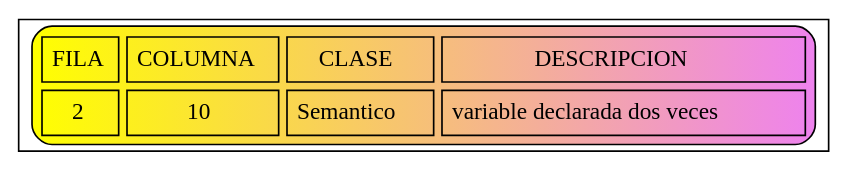
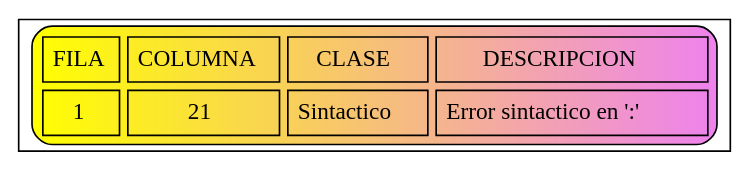
The diagram in Errores.dot (JoseMore99/OLC2_P1_201701015), drawn with Graphviz before and after one commit. The commit also changed 10 other files, not shown here.

```diff
--- a/Errores.dot
+++ b/Errores.dot
@@ -1,7 +1,7 @@
 digraph G{
 node [shape=record];
 a0 [label=<<TABLE border="1" cellspacing="5" cellpadding="5" style="rounded" bgcolor="yellow:violet">
 "<TR><TD>FILA</TD><TD>COLUMNA</TD><TD>CLASE</TD><TD>DESCRIPCION</TD></TR>
-<TR><TD>2</TD><TD>10</TD><TD>Semantico</TD><TD>variable declarada dos veces</TD></TR>
+<TR><TD>1</TD><TD>21</TD><TD>Sintactico</TD><TD>Error sintactico en ':'</TD></TR>
 </TABLE>>];
 }
```
